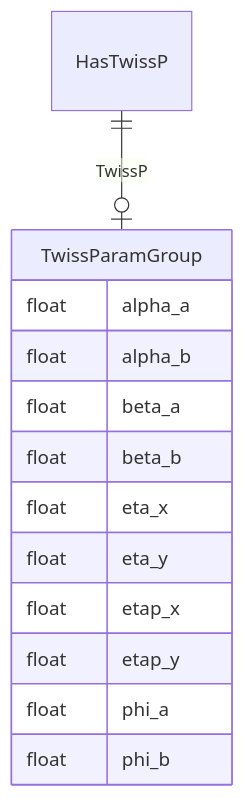
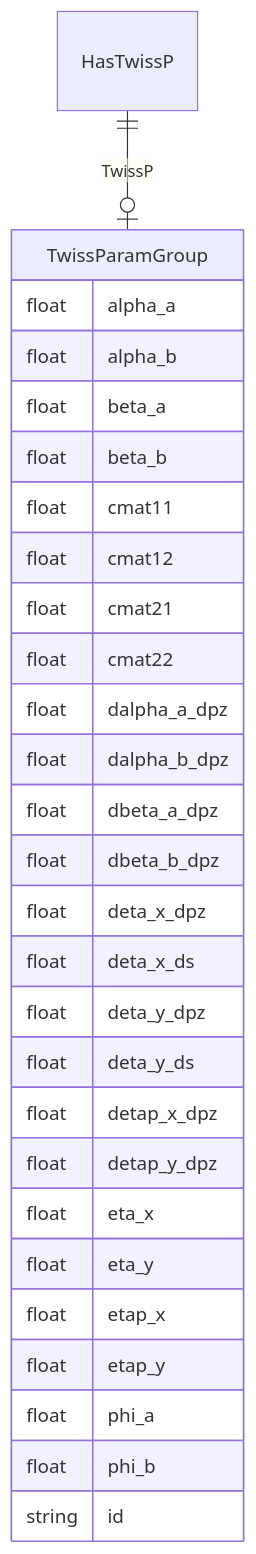
The diagram in docs/elements/classes/HasTwissP.md (pals-project/pals-facility-config), drawn with Mermaid before and after one commit. The commit also changed other lines of this file and 499 other files, not shown here.

````diff
--- a/docs/elements/classes/HasTwissP.md
+++ b/docs/elements/classes/HasTwissP.md
@@ -10,21 +10,36 @@
 ```mermaid
 erDiagram
 HasTwissP {
 
 }
 TwissParamGroup {
     float alpha_a  
     float alpha_b  
     float beta_a  
     float beta_b  
+    float cmat11  
+    float cmat12  
+    float cmat21  
+    float cmat22  
+    float dalpha_a_dpz  
+    float dalpha_b_dpz  
+    float dbeta_a_dpz  
+    float dbeta_b_dpz  
+    float deta_x_dpz  
+    float deta_x_ds  
+    float deta_y_dpz  
+    float deta_y_ds  
+    float detap_x_dpz  
+    float detap_y_dpz  
     float eta_x  
     float eta_y  
     float etap_x  
     float etap_y  
     float phi_a  
     float phi_b  
+    string id  
 }
 
 HasTwissP ||--|o TwissParamGroup : "TwissP"
 
 ```
````
